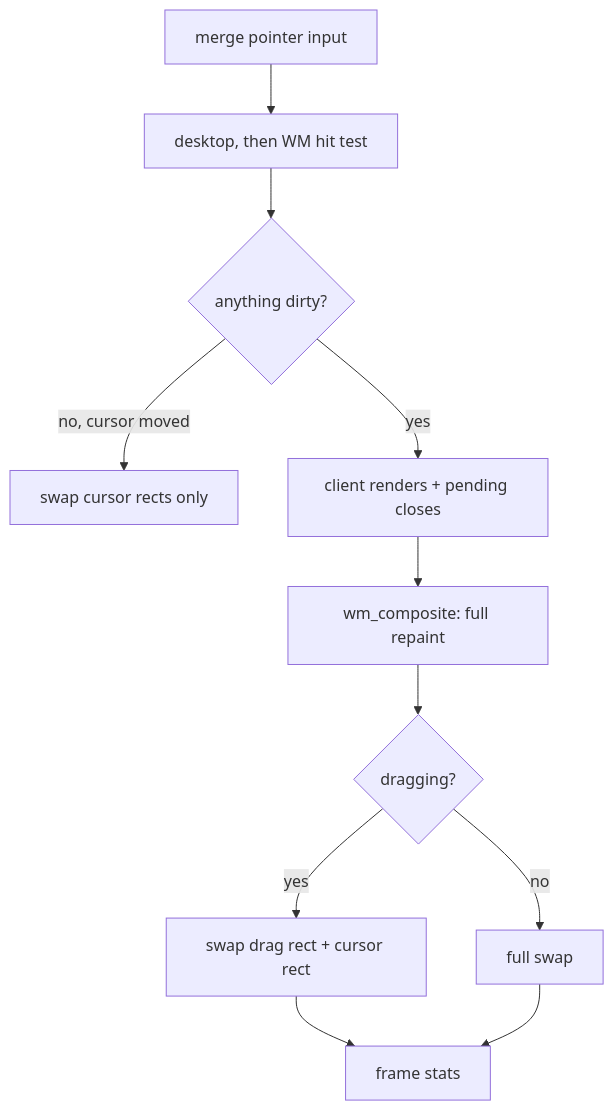
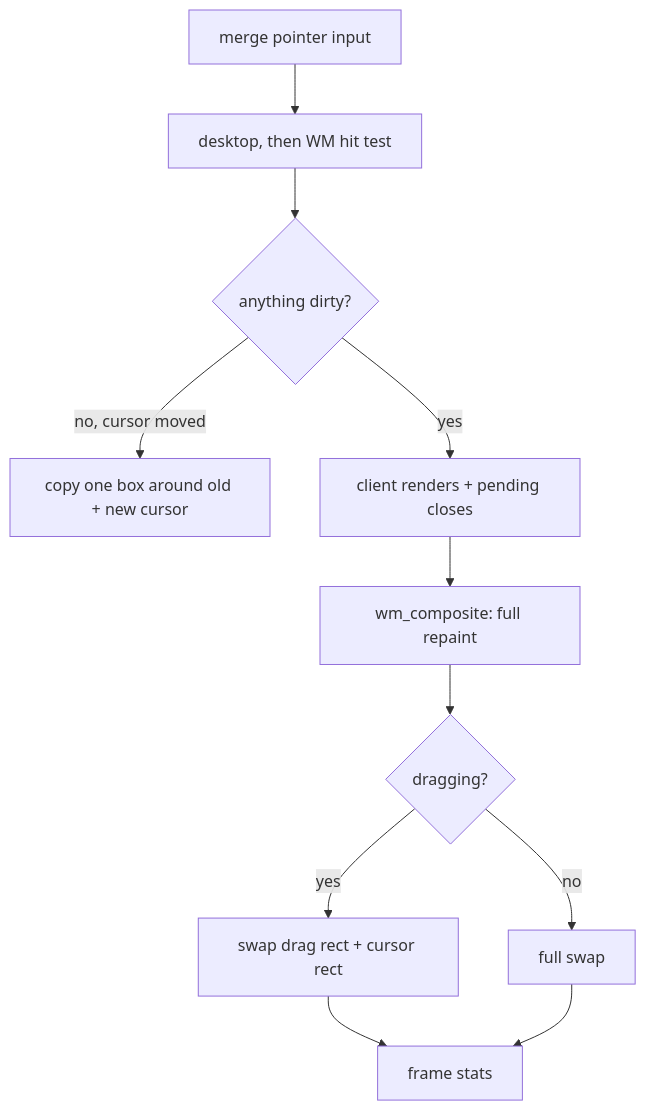
Before and after one commit to rizonesoft/impossible-os: the diagram in docs/desktop/compositor.md, drawn with Mermaid. The commit also changed other lines of this file and 13 other files, not shown here.

````diff
--- a/docs/desktop/compositor.md
+++ b/docs/desktop/compositor.md
@@ -20,13 +20,13 @@
 ```mermaid
 flowchart TD
     I[merge pointer input] --> D[desktop, then WM hit test]
     D --> N{anything dirty?}
-    N -- no, cursor moved --> C[swap cursor rects only]
+    N -- no, cursor moved --> C[copy one box around old + new cursor]
     N -- yes --> R[client renders + pending closes]
     R --> W[wm_composite: full repaint]
     W --> S{dragging?}
     S -- yes --> P[swap drag rect + cursor rect]
     S -- no --> F[full swap]
     P --> T[frame stats]
     F --> T
 ```
````
